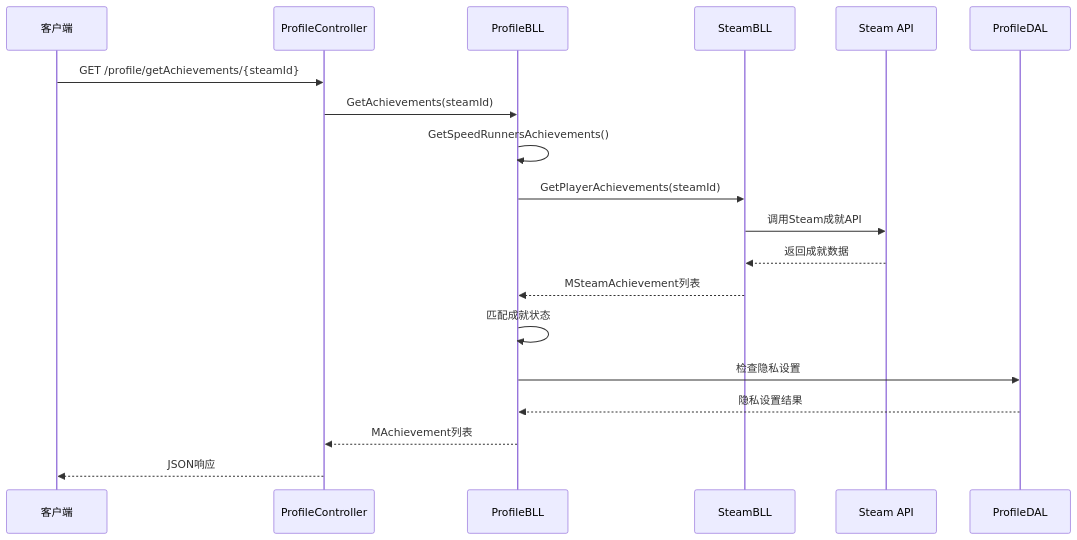
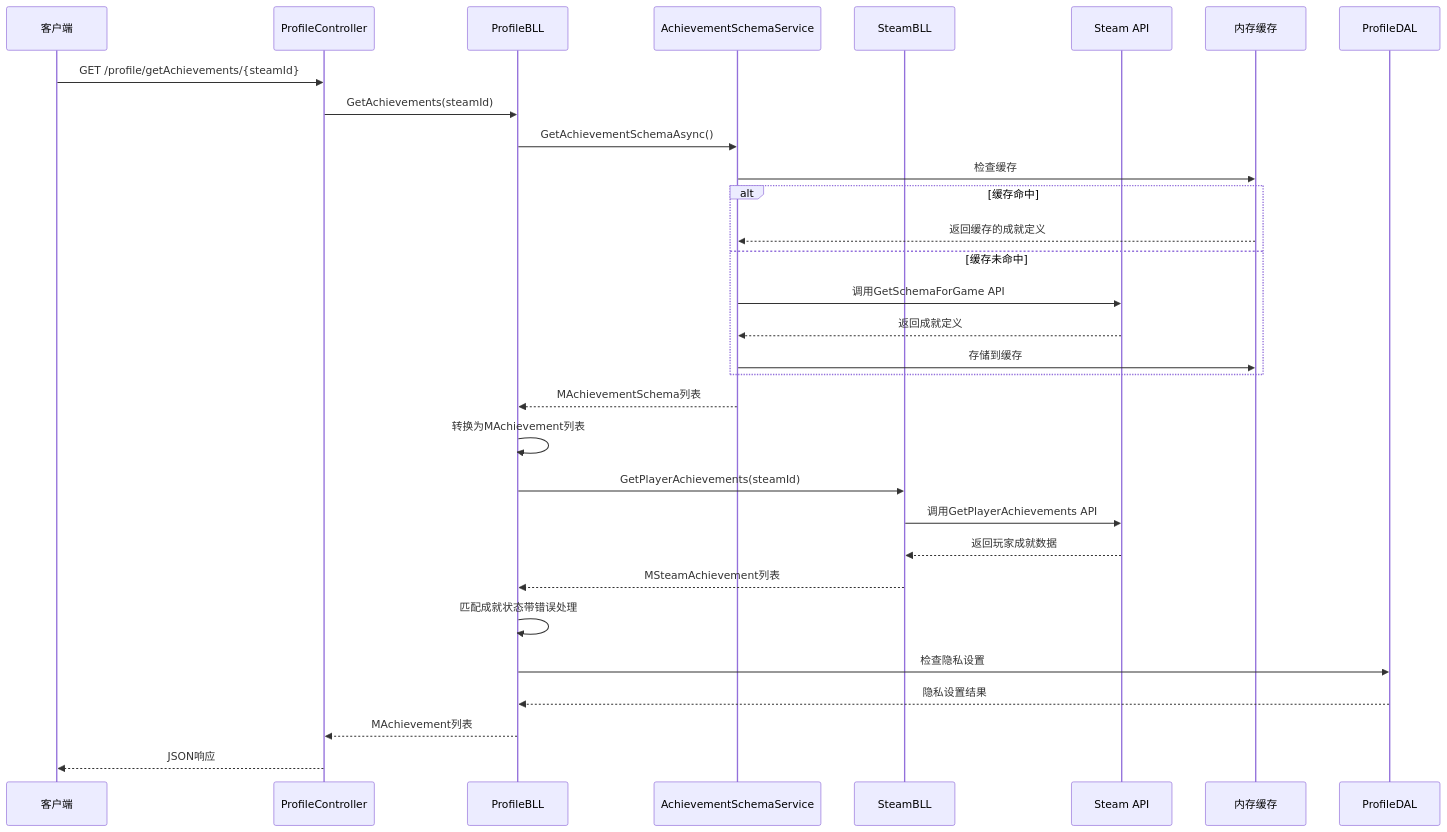
One commit to TinyMaD/SpeedRunnersLab changed the second of 6 diagrams in .qoder/repowiki/zh/content/后端 API 服务/用户管理模块/成就系统.md. Above: the diagram before and after it, drawn with Mermaid. The commit also changed other lines of this file and 9 other files, not shown here.

````diff
--- a/.qoder/repowiki/zh/content/后端 API 服务/用户管理模块/成就系统.md
+++ b/.qoder/repowiki/zh/content/后端 API 服务/用户管理模块/成就系统.md
@@ -112,21 +140,33 @@
 ```mermaid
 sequenceDiagram
 participant Client as 客户端
 participant Controller as ProfileController
 participant BLL as ProfileBLL
+participant SchemaService as AchievementSchemaService
 participant SteamBLL as SteamBLL
 participant SteamAPI as Steam API
+participant MemoryCache as 内存缓存
 participant DAL as ProfileDAL
 Client->>Controller : GET /profile/getAchievements/{steamId}
 Controller->>BLL : GetAchievements(steamId)
-BLL->>BLL : GetSpeedRunnersAchievements()
+BLL->>SchemaService : GetAchievementSchemaAsync()
+SchemaService->>MemoryCache : 检查缓存
+alt 缓存命中
+MemoryCache-->>SchemaService : 返回缓存的成就定义
+else 缓存未命中
+SchemaService->>SteamAPI : 调用GetSchemaForGame API
+SteamAPI-->>SchemaService : 返回成就定义
+SchemaService->>MemoryCache : 存储到缓存
+end
+SchemaService-->>BLL : MAchievementSchema列表
+BLL->>BLL : 转换为MAchievement列表
 BLL->>SteamBLL : GetPlayerAchievements(steamId)
-SteamBLL->>SteamAPI : 调用Steam成就API
-SteamAPI-->>SteamBLL : 返回成就数据
+SteamBLL->>SteamAPI : 调用GetPlayerAchievements API
+SteamAPI-->>SteamBLL : 返回玩家成就数据
 SteamBLL-->>BLL : MSteamAchievement列表
-BLL->>BLL : 匹配成就状态
+BLL->>BLL : 匹配成就状态带错误处理
 BLL->>DAL : 检查隐私设置
 DAL-->>BLL : 隐私设置结果
 BLL-->>Controller : MAchievement列表
 Controller-->>Client : JSON响应
 ```
````
